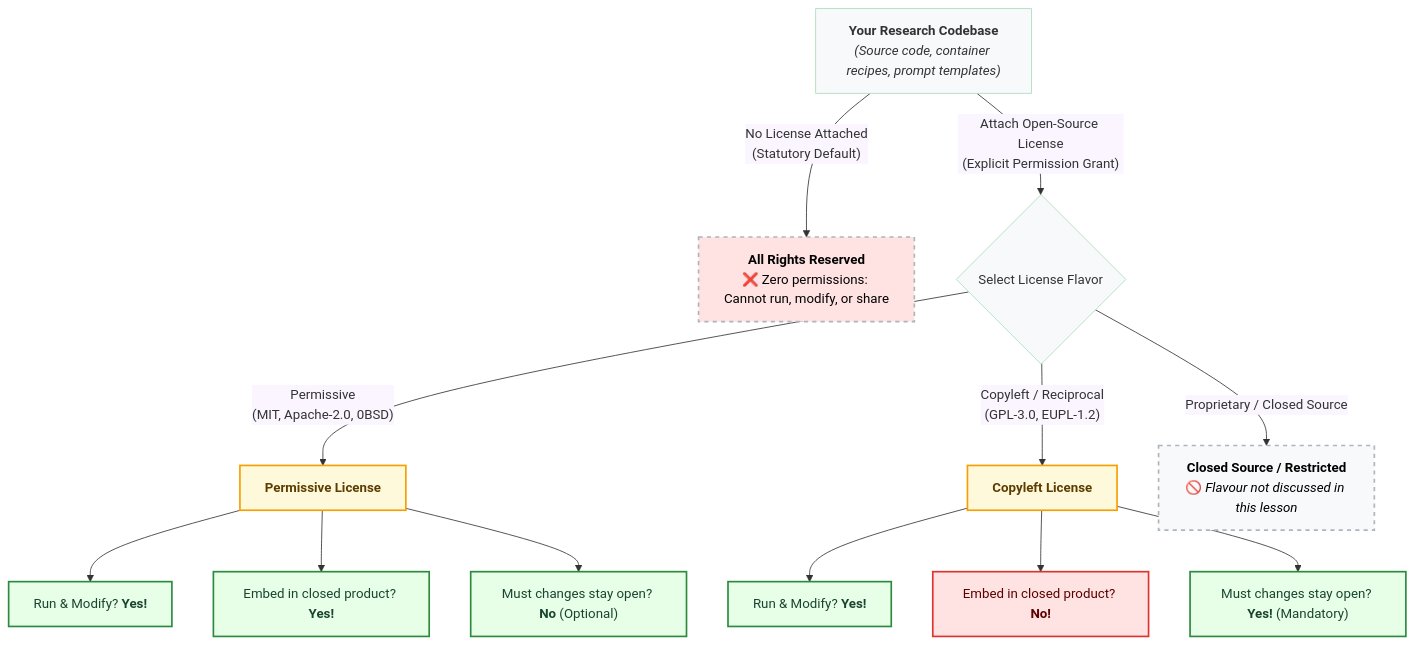
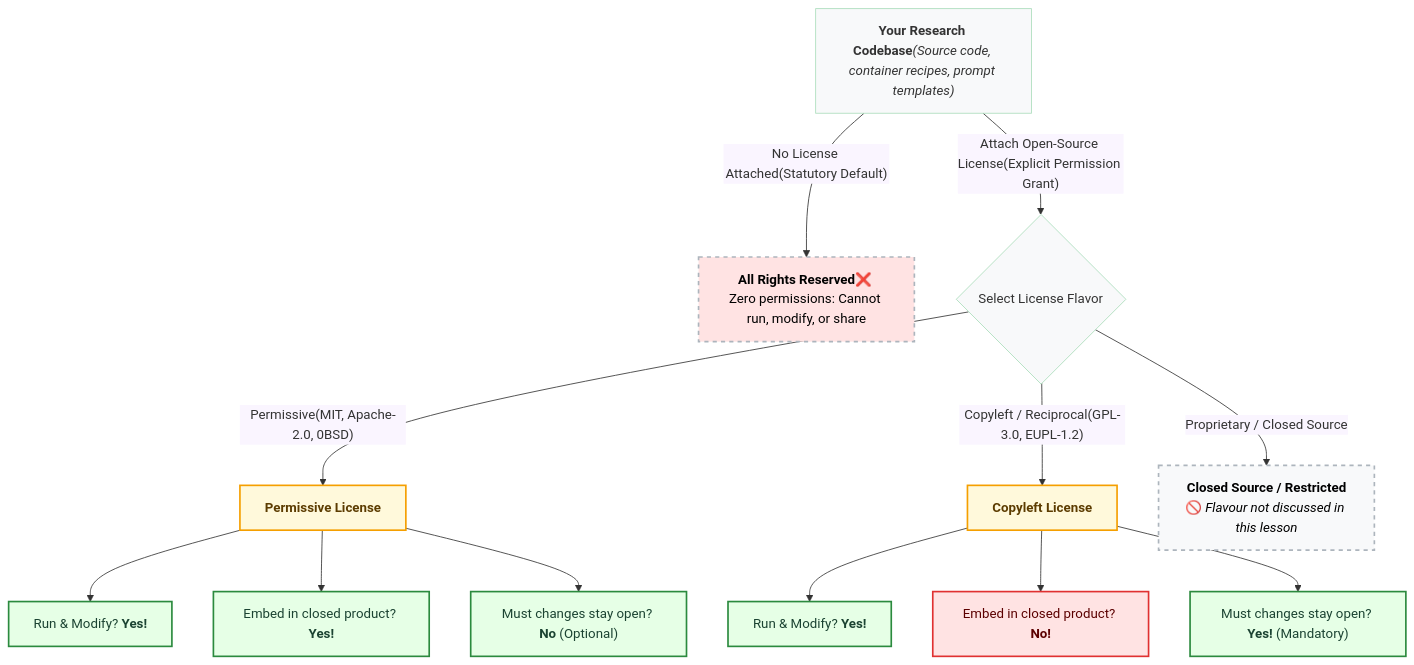
The first of 3 diagrams in content/software-licensing.md (coderefinery/social-coding), drawn with Mermaid before and after one commit. The commit also changed other lines of this file, not shown here.

````diff
--- a/content/software-licensing.md
+++ b/content/software-licensing.md
@@ -46,34 +46,34 @@
 ```{mermaid}
 %%{init: {'themeVariables': { 'edgeLabelBackground': '#faf5ff' }}}%%
 
 flowchart TB
-    A["<b>Your Research Codebase</b><br/><i>(Source code, container recipes, prompt templates)</i>"] -->|"No License Attached<br/>(Statutory Default)"| B["<b>All Rights Reserved</b><br/>❌ Zero permissions: Cannot run, modify, or share"]
+    A["<b>Your Research Codebase</b></><i>(Source code, container recipes, prompt templates)</i>"] -->|"No License Attached</>(Statutory Default)"| B["<b>All Rights Reserved</b></>❌ Zero permissions: Cannot run, modify, or share"]
 
-    A -->|"Attach Open-Source License<br/>(Explicit Permission Grant)"| C{"Select License Flavor"}
+    A -->|"Attach Open-Source License</>(Explicit Permission Grant)"| C{"Select License Flavor"}
 
-    C -->|"Permissive<br/>(MIT, Apache-2.0, 0BSD)"| D["<b>Permissive License</b>"]
-    C -->|"Copyleft / Reciprocal<br/>(GPL-3.0, EUPL-1.2)"| E["<b>Copyleft License</b>"]
-    C -->|"Proprietary / Closed Source"| F["<b>Closed Source / Restricted</b><br/>🚫 <i>Flavour not discussed in this lesson</i>"]
+    C -->|"Permissive</>(MIT, Apache-2.0, 0BSD)"| D["<b>Permissive License</b>"]
+    C -->|"Copyleft / Reciprocal</>(GPL-3.0, EUPL-1.2)"| E["<b>Copyleft License</b>"]
+    C -->|"Proprietary / Closed Source"| F["<b>Closed Source / Restricted</b></>🚫 <i>Flavour not discussed in this lesson</i>"]
 
     D --> D1["Run & Modify? <b>Yes!</b>"]
     D --> D2["Embed in closed product? <b>Yes!</b>"]
     D --> D3["Must changes stay open? <b>No</b> (Optional)"]
 
     E --> E1["Run & Modify? <b>Yes!</b>"]
     E --> E2["Embed in closed product? <b>No!</b>"]
     E --> E3["Must changes stay open? <b>Yes!</b> (Mandatory)"]
     classDef green fill:#e6ffe6,stroke:#2b8a3e,stroke-width:2px,color:#1b4332;
    classDef red fill:#ffe3e3,stroke:#e03131,stroke-width:2px,color:#5c0000;
    classDef yellow fill:#fff9db,stroke:#f59f00,stroke-width:2px,color:#5c3c00;
    classDef white fill:#f8f9fa,stroke:#adb
    classDef dashed fill:#f8f9fa,stroke:#adb5bd,stroke-width:2px,stroke-dasharray: 5 5,color:#000000;
    classDef dashed_red fill:#ffe3e3,stroke:#adb5bd,stroke-width:2px,stroke-dasharray: 5 5,color:#000000;
     classDef defaultState fill:#ffe3e3,stroke:#e03131,stroke-width:2px,color:#5c0000;
     
    class D1,D2,D3,E1,E3 green;
    class E2 red;
    class D,E yellow;
    class F dashed;
    class B dashed_red;
    class A,C white;
 ```
````
